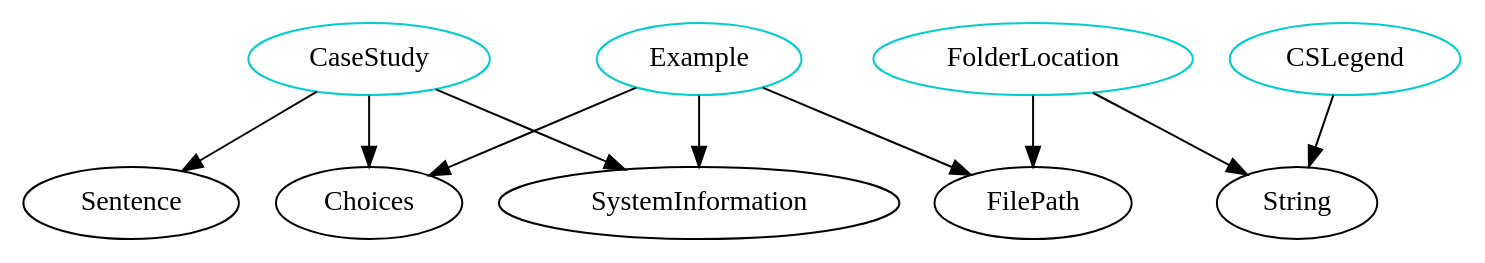
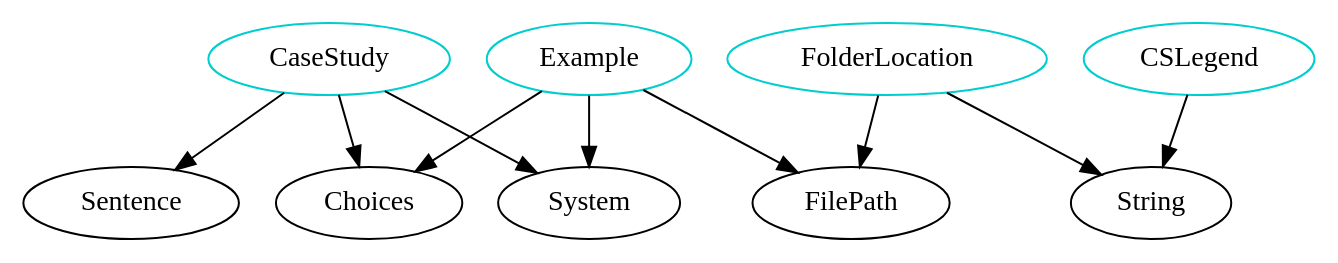
One commit to JacquesCarette/Drasil changed the diagram in analysis/TypeDependencyGraphs/website.dot. Above: the diagram before and after it, drawn with Graphviz. The commit also changed 337 other files, not shown here.

```diff
--- a/analysis/TypeDependencyGraphs/website.dot
+++ b/analysis/TypeDependencyGraphs/website.dot
@@ -1,41 +1,41 @@
 digraph alltypes {
 	subgraph main {
 	}
 	subgraph about {
 	}
 	subgraph analyiss {
 	}
 	subgraph body {
 		subgraph folderlocation{
 		FolderLocation	[shape=oval, color=cyan3, label="FolderLocation"];
 		FolderLocation -> FilePath;
 		FolderLocation -> String;
 		}
 	}
 	subgraph caestudys {
 		subgraph casestudy{
 		CaseStudy	[shape=oval, color=cyan3, label="CaseStudy"];
-		CaseStudy -> SystemInformation;
+		CaseStudy -> System;
 		CaseStudy -> Sentence;
 		CaseStudy -> Choices;
 		}
 		subgraph cslegend{
 		CSLegend	[shape=oval, color=cyan3, label="CSLegend"];
 		CSLegend -> String;
 		}
 	}
 	subgraph documentation {
 	}
 	subgraph example {
 		subgraph example{
 		Example	[shape=oval, color=cyan3, label="Example"];
-		Example -> SystemInformation;
+		Example -> System;
 		Example -> Choices;
 		Example -> FilePath;
 		}
 	}
 	subgraph gettingstarted {
 	}
 	subgraph introduction {
 	}
 }
```
